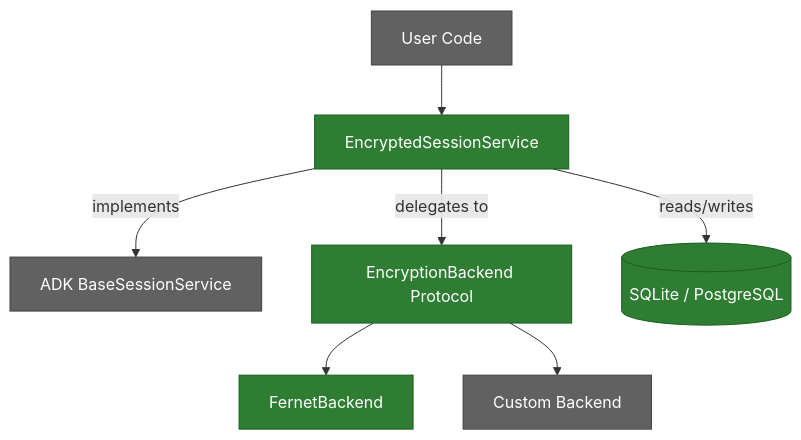
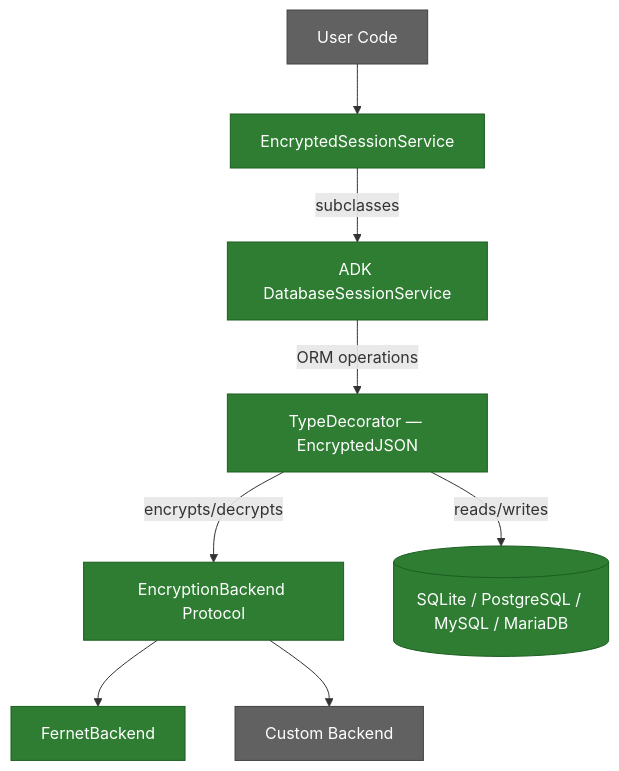
Before and after one commit to Alberto-Codes/adk-secure-sessions: the first of 3 diagrams in docs/ARCHITECTURE.md, drawn with Mermaid. The commit also changed other lines of this file and 12 other files, not shown here.

First line of the commit message:
docs(session): update docs for DatabaseSessionService wrapper architecture

````diff
--- a/docs/ARCHITECTURE.md
+++ b/docs/ARCHITECTURE.md
@@ -11,17 +11,19 @@
 ```mermaid
 graph TD
     UC[User Code] --> ESS[EncryptedSessionService]
-    ESS -->|implements| BSS[ADK BaseSessionService]
-    ESS -->|delegates to| EB[EncryptionBackend Protocol]
+    ESS -->|subclasses| DSS[ADK DatabaseSessionService]
+    DSS -->|ORM operations| TD[TypeDecorator — EncryptedJSON]
+    TD -->|encrypts/decrypts| EB[EncryptionBackend Protocol]
     EB --> FB[FernetBackend]
     EB --> CB[Custom Backend]
-    ESS -->|reads/writes| DB[(SQLite / PostgreSQL)]
+    TD -->|reads/writes| DB[(SQLite / PostgreSQL / MySQL / MariaDB)]
 
     style EB fill:#2e7d32,stroke:#1b5e20,color:#fff
     style UC fill:#616161,stroke:#424242,color:#fff
     style ESS fill:#2e7d32,stroke:#1b5e20,color:#fff
-    style BSS fill:#616161,stroke:#424242,color:#fff
+    style DSS fill:#2e7d32,stroke:#1b5e20,color:#fff
+    style TD fill:#2e7d32,stroke:#1b5e20,color:#fff
     style FB fill:#2e7d32,stroke:#1b5e20,color:#fff
     style CB fill:#616161,stroke:#424242,color:#fff
     style DB fill:#2e7d32,stroke:#1b5e20,color:#fff
 ```
````
